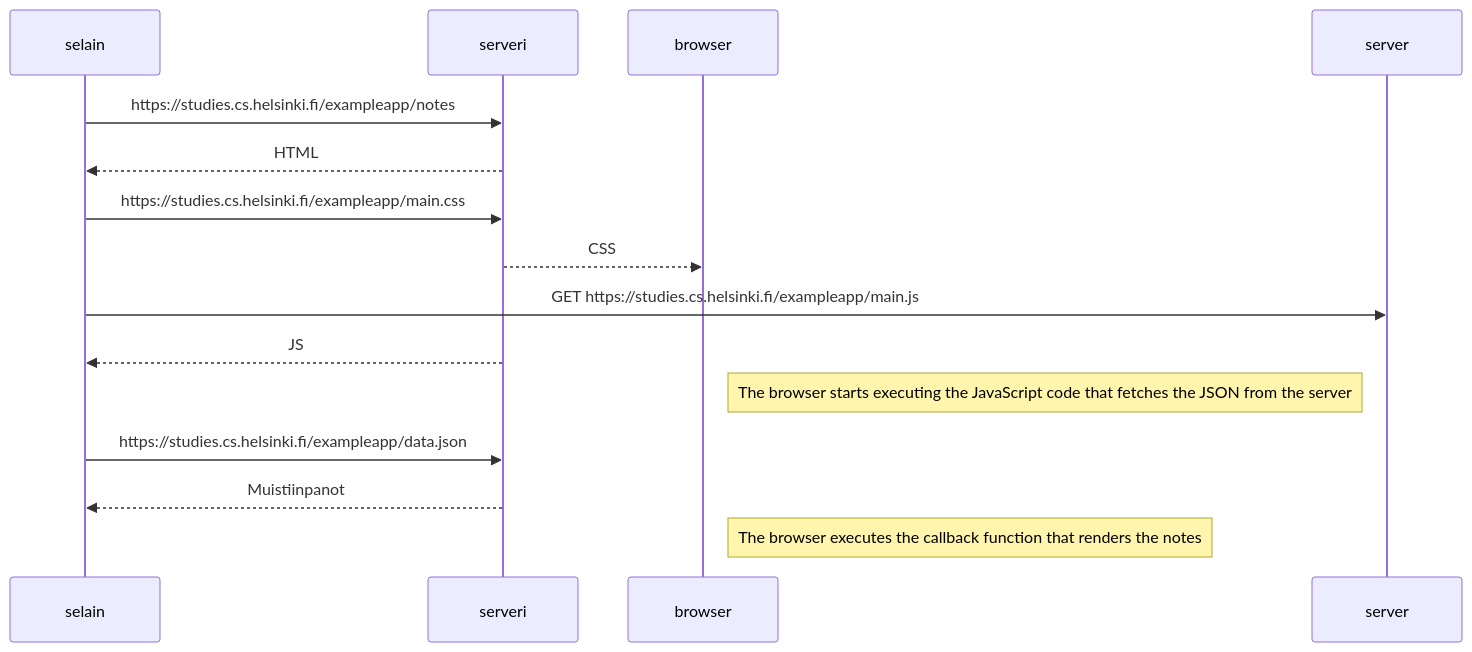
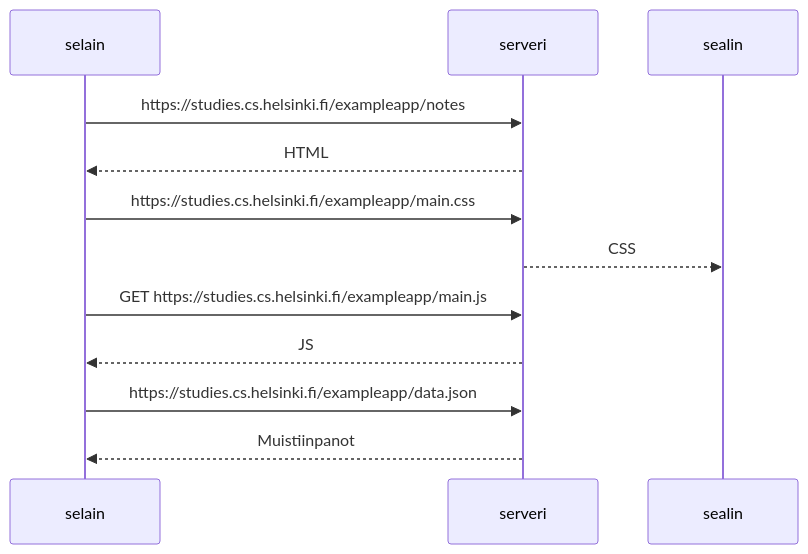
Before and after one commit to Robsoni99/Ohjelmointi-2-vuosi: the diagram in Web-sovellusten-toimintaperiaatteet/README.md, drawn with Mermaid.

````diff
--- a/Web-sovellusten-toimintaperiaatteet/README.md
+++ b/Web-sovellusten-toimintaperiaatteet/README.md
@@ -1,22 +1,17 @@
 ```mermaid
 sequenceDiagram
     participant selain
     participant serveri
     
     selain->>serveri: https://studies.cs.helsinki.fi/exampleapp/notes
     serveri-->>selain: HTML
     
     selain->>serveri: https://studies.cs.helsinki.fi/exampleapp/main.css
-    serveri-->>browser: CSS
+    serveri-->>sealin: CSS
     
-    selain->>server: GET https://studies.cs.helsinki.fi/exampleapp/main.js
+    selain->>serveri: GET https://studies.cs.helsinki.fi/exampleapp/main.js
     serveri-->>selain: JS
-    
-    Note right of browser: The browser starts executing the JavaScript code that fetches the JSON from the server
-    
+        
     selain->>serveri: https://studies.cs.helsinki.fi/exampleapp/data.json
     serveri-->>selain: Muistiinpanot
-
-    Note right of browser: The browser executes the callback function that renders the notes
-
 ```
````
